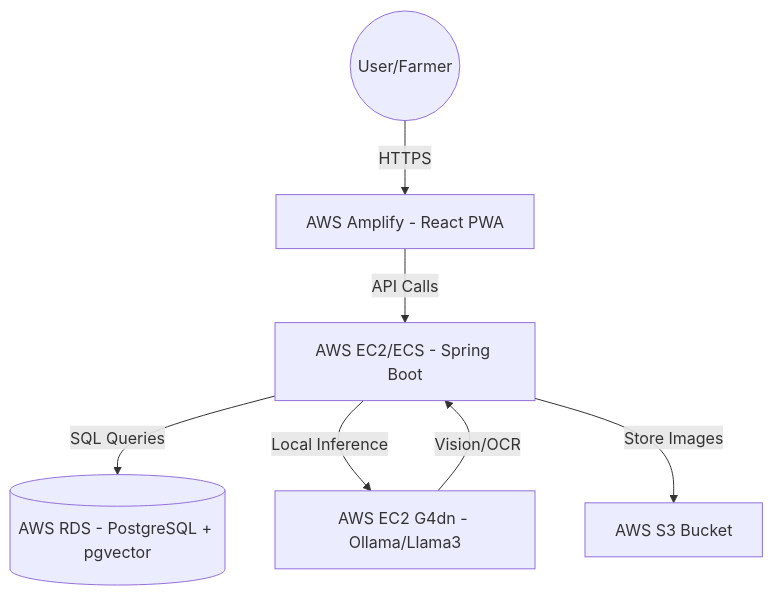
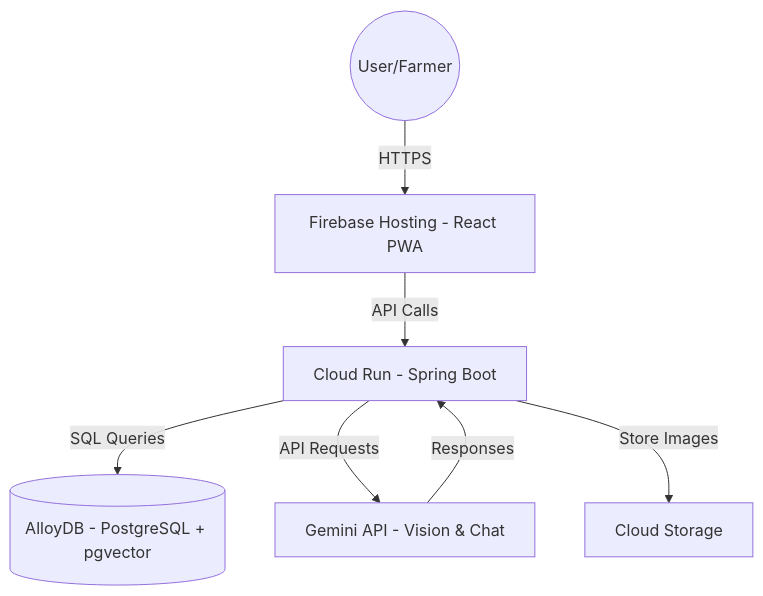
One commit to nandalalsun/SmartFarm-AI changed the second of 3 diagrams in README.md. Above: the diagram before and after it, drawn with Mermaid. The commit also changed other lines of this file, not shown here.

Commit message:
feat: migrate AI integration from self-hosted Llama 3 to Google Gemini API, switch infrastructure from AWS to GCP, and update the ER diagram.

````diff
--- a/README.md
+++ b/README.md
@@ -204,9 +188,9 @@
 ```mermaid
 graph TD
-    User((User/Farmer)) -->|HTTPS| Frontend[AWS Amplify - React PWA]
-    Frontend -->|API Calls| Backend[AWS EC2/ECS - Spring Boot]
-    Backend -->|SQL Queries| DB[(AWS RDS - PostgreSQL + pgvector)]
-    Backend -->|Local Inference| AI_Server[AWS EC2 G4dn - Ollama/Llama3]
-    AI_Server -->|Vision/OCR| Backend
-    Backend -->|Store Images| S3[AWS S3 Bucket]
+    User((User/Farmer)) -->|HTTPS| Frontend[Firebase Hosting - React PWA]
+    Frontend -->|API Calls| Backend[Cloud Run - Spring Boot]
+    Backend -->|SQL Queries| DB[(AlloyDB - PostgreSQL + pgvector)]
+    Backend -->|API Requests| AI[Gemini API - Vision & Chat]
+    AI -->|Responses| Backend
+    Backend -->|Store Images| Storage[Cloud Storage]
 ```
````
